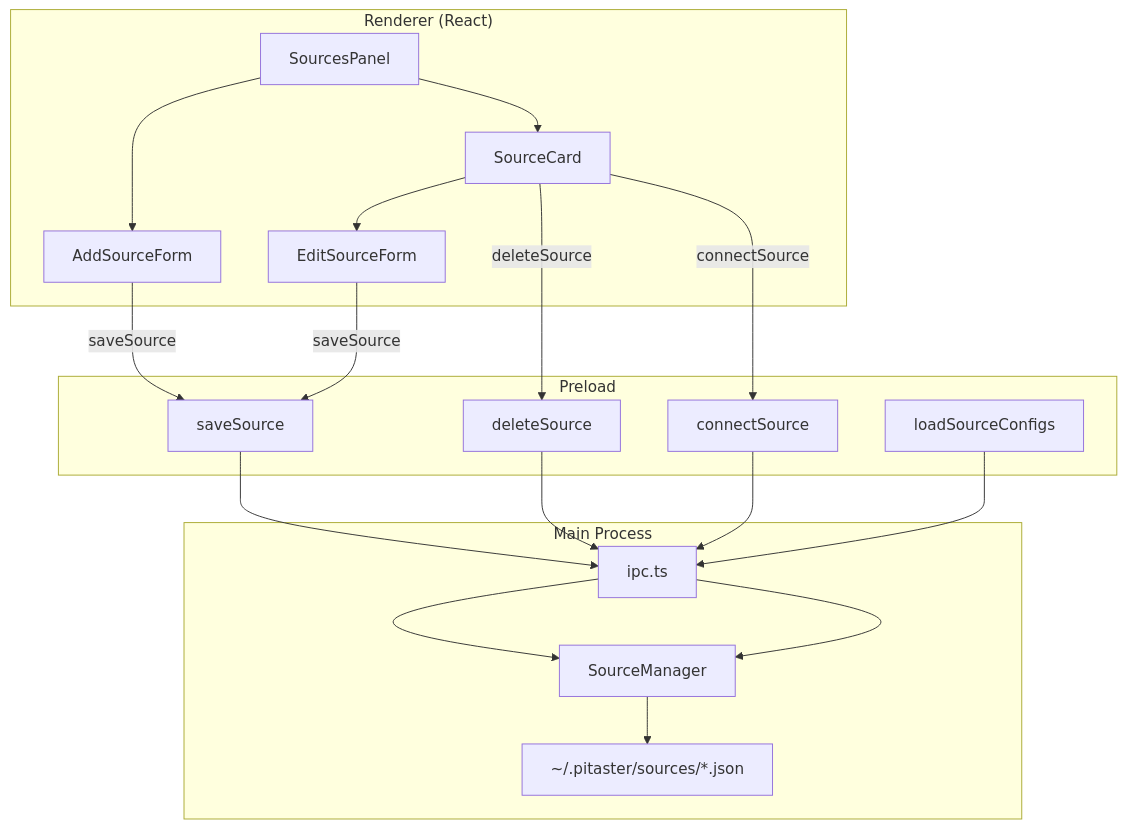
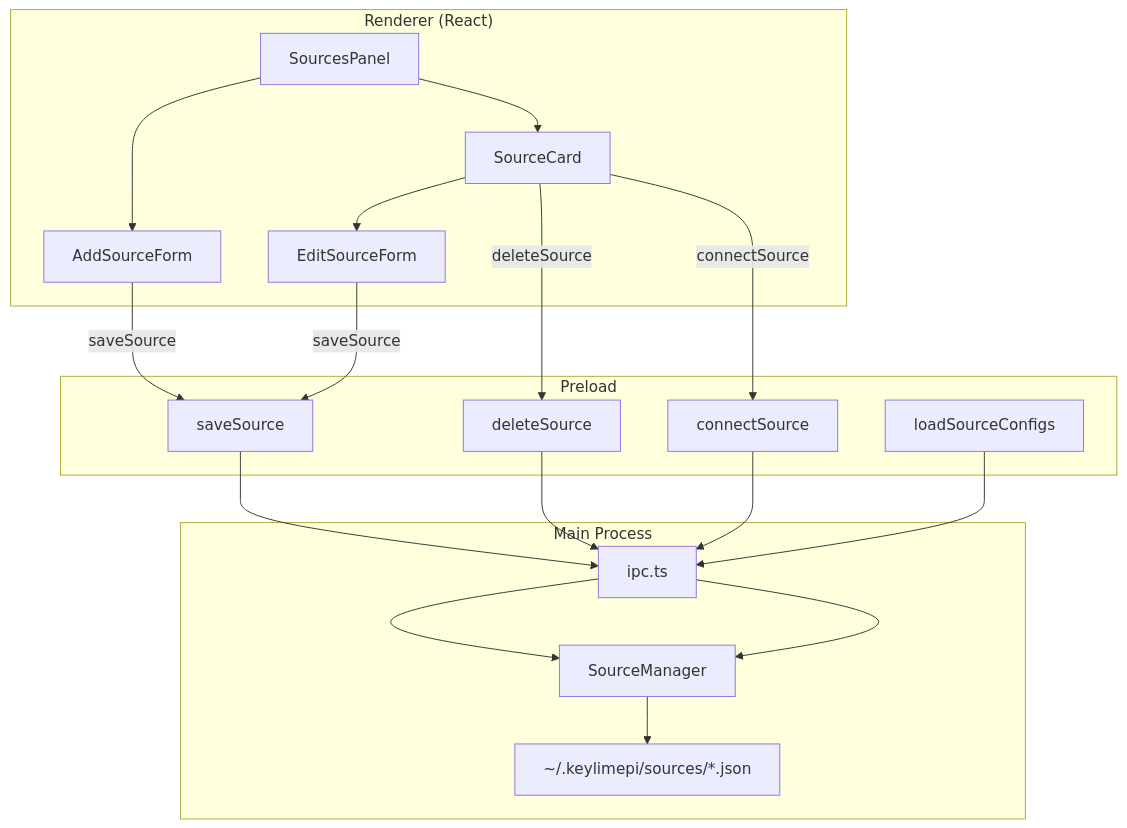
The diagram in docs/plans/SESSION-12-ADD-SOURCE.md (guyettinger/PiTaster), drawn with Mermaid before and after one commit. The commit also changed other lines of this file and 239 other files, not shown here.

````diff
--- a/docs/plans/SESSION-12-ADD-SOURCE.md
+++ b/docs/plans/SESSION-12-ADD-SOURCE.md
@@ -42,32 +42,32 @@
 ```mermaid
 flowchart TD
     subgraph Renderer["Renderer (React)"]
         SP[SourcesPanel]
         ASF[AddSourceForm]
         ESF[EditSourceForm]
         SC[SourceCard]
     end
     subgraph Preload
         save[saveSource]
         del[deleteSource]
         load[loadSourceConfigs]
         conn[connectSource]
     end
     subgraph Main["Main Process"]
         IPC[ipc.ts]
         SM[SourceManager]
-        Disk["~/.pitaster/sources/*.json"]
+        Disk["~/.keylimepi/sources/*.json"]
     end
 
     SP --> ASF
     SP --> SC
     SC --> ESF
     ASF -->|saveSource| save
     ESF -->|saveSource| save
     SC -->|deleteSource| del
     SC -->|connectSource| conn
     save --> IPC --> SM --> Disk
     del --> IPC
     conn --> IPC
     load --> IPC --> SM
 ```
````
